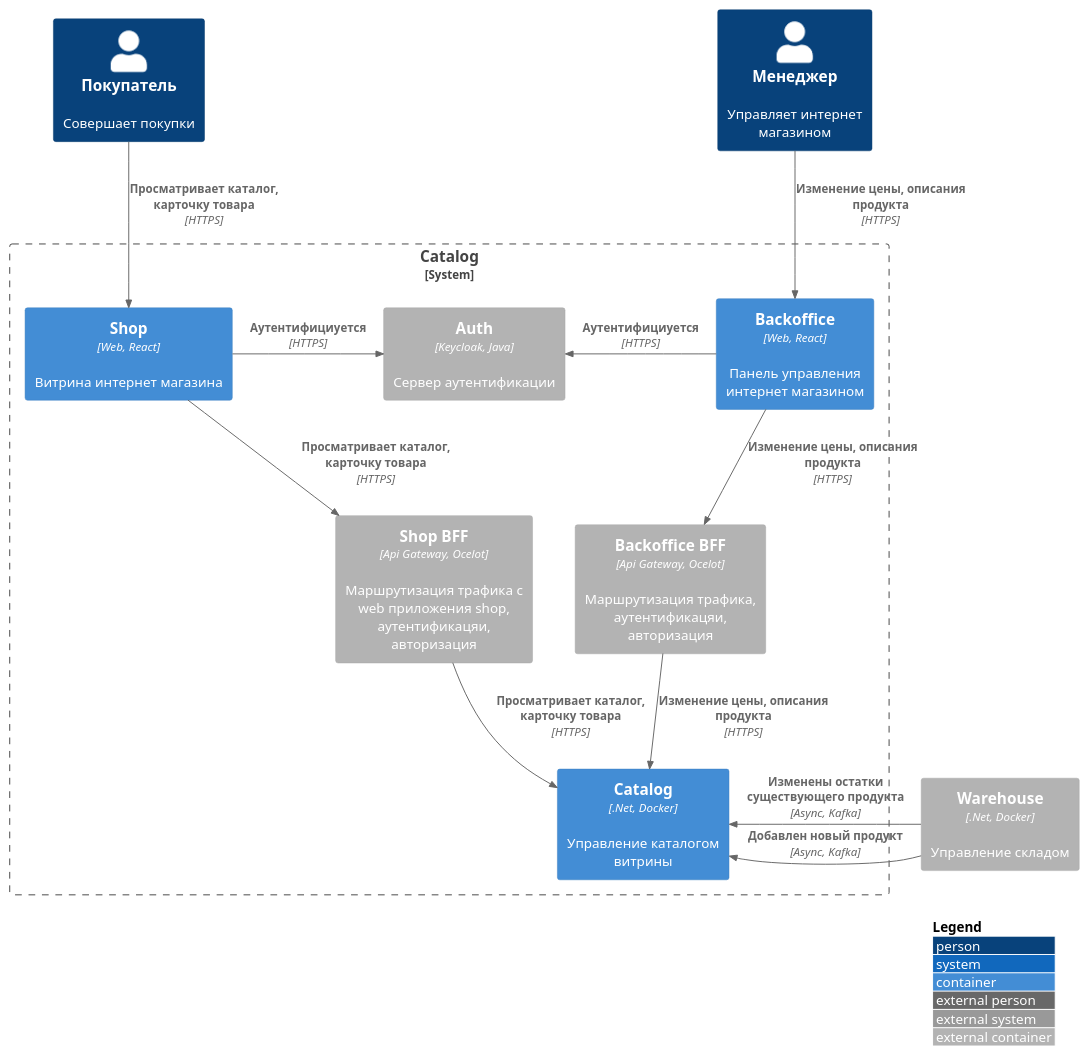
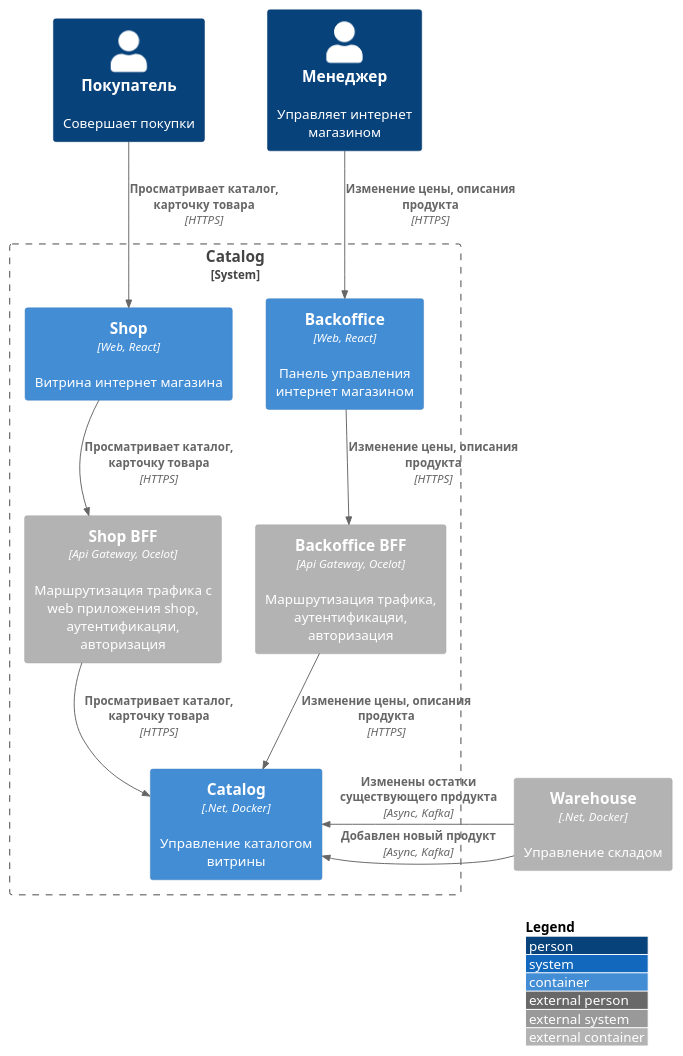
Before and after one commit to gerzhan/knigaexpert-system-design: the first of 2 diagrams in services/catalog/README.md, drawn with PlantUML.

````diff
--- a/services/catalog/README.md
+++ b/services/catalog/README.md
@@ -8,42 +8,36 @@
 ```plantuml
 !include https://raw.githubusercontent.com/plantuml-stdlib/C4-PlantUML/master/C4_Container.puml
 
 skinparam wrapWidth 200
 skinparam maxMessageSize 200
 
 LAYOUT_TOP_DOWN()
 LAYOUT_WITH_LEGEND()
 
 Person(customer, Покупатель, "Совершает покупки")
 Person(manager, Менеджер, "Управляет интернет магазином")
 
 Container_Ext(warehouse, "Warehouse", ".Net, Docker", "Управление складом")
 
 System_Boundary(boundary, "Catalog") {
 ' Shop
 Container(shop_app, "Shop", "Web, React", "Витрина интернет магазина")
 Container_Ext(shop_bff, "Shop BFF", "Api Gateway, Ocelot", "Маршрутизация трафика c web приложения shop, аутентификацяи, авторизация")
 Rel(shop_app, shop_bff, "Просматривает каталог, карточку товара", "HTTPS")
 Rel(customer, shop_app, "Просматривает каталог, карточку товара", "HTTPS")
 
 ' Backoffice
 Container(backoffice_app, "Backoffice", "Web, React", "Панель управления интернет магазином")  
 Container_Ext(backoffice_bff, "Backoffice BFF", "Api Gateway, Ocelot", "Маршрутизация трафика, аутентификацяи, авторизация")
 Rel(backoffice_app, backoffice_bff, "Изменение цены, описания продукта", "HTTPS")
 Rel(manager, backoffice_app, "Изменение цены, описания продукта", "HTTPS")
 
 
-' Services
-Container_Ext(auth, "Auth", "Keycloak, Java", "Сервер аутентификации")
-Rel_R(shop_app, auth, "Аутентифициуется", "HTTPS")
-Rel_L(backoffice_app, auth, "Аутентифициуется", "HTTPS")
-
-
 Container(catalog, "Catalog", ".Net, Docker", "Управление каталогом витрины")
 Rel_L(warehouse, catalog, "Добавлен новый продукт", "Async, Kafka")
 Rel_L(warehouse, catalog, "Изменены остатки существующего продукта", "Async, Kafka")
 Rel(shop_bff, catalog, "Просматривает каталог, карточку товара", "HTTPS")
 Rel(backoffice_bff, catalog, "Изменение цены, описания продукта", "HTTPS")
 }
 
 ```
````
